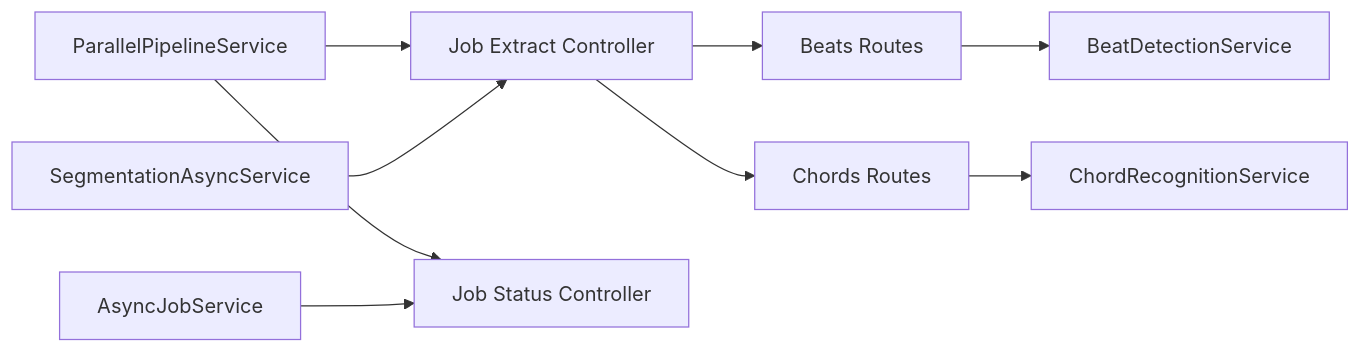
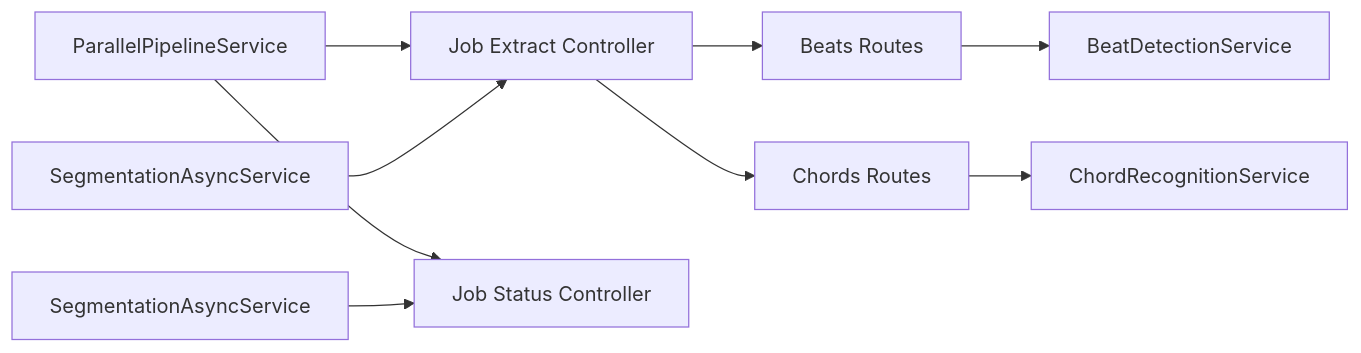
The seventh of 7 diagrams in .qoder/repowiki/en/content/Frontend Application/API Integration and Service Layer/Parallel Pipeline Service.md (ptnghia-j/ChordMiniApp), drawn with Mermaid before and after one commit. The commit also changed other lines of this file and 60 other files, not shown here.

````diff
--- a/.qoder/repowiki/en/content/Frontend Application/API Integration and Service Layer/Parallel Pipeline Service.md
+++ b/.qoder/repowiki/en/content/Frontend Application/API Integration and Service Layer/Parallel Pipeline Service.md
@@ -272,11 +272,11 @@
 ```mermaid
 graph LR
 PPS["ParallelPipelineService"] --> JEC["Job Extract Controller"]
 PPS --> JSC["Job Status Controller"]
-AJS["AsyncJobService"] --> JSC
+AJS["SegmentationAsyncService"] --> JSC
 SAS["SegmentationAsyncService"] --> JEC
 JEC --> BR["Beats Routes"]
 JEC --> CR["Chords Routes"]
 BR --> BDS["BeatDetectionService"]
 CR --> CRS["ChordRecognitionService"]
 ```
````
